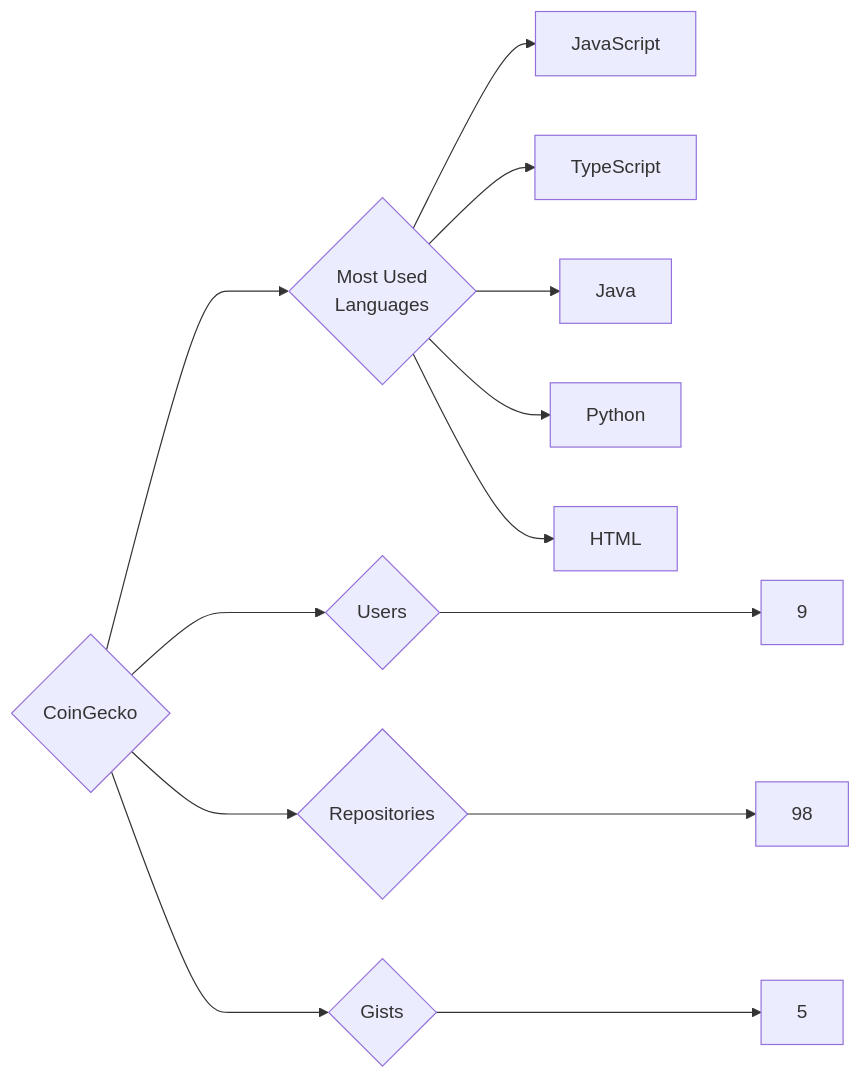
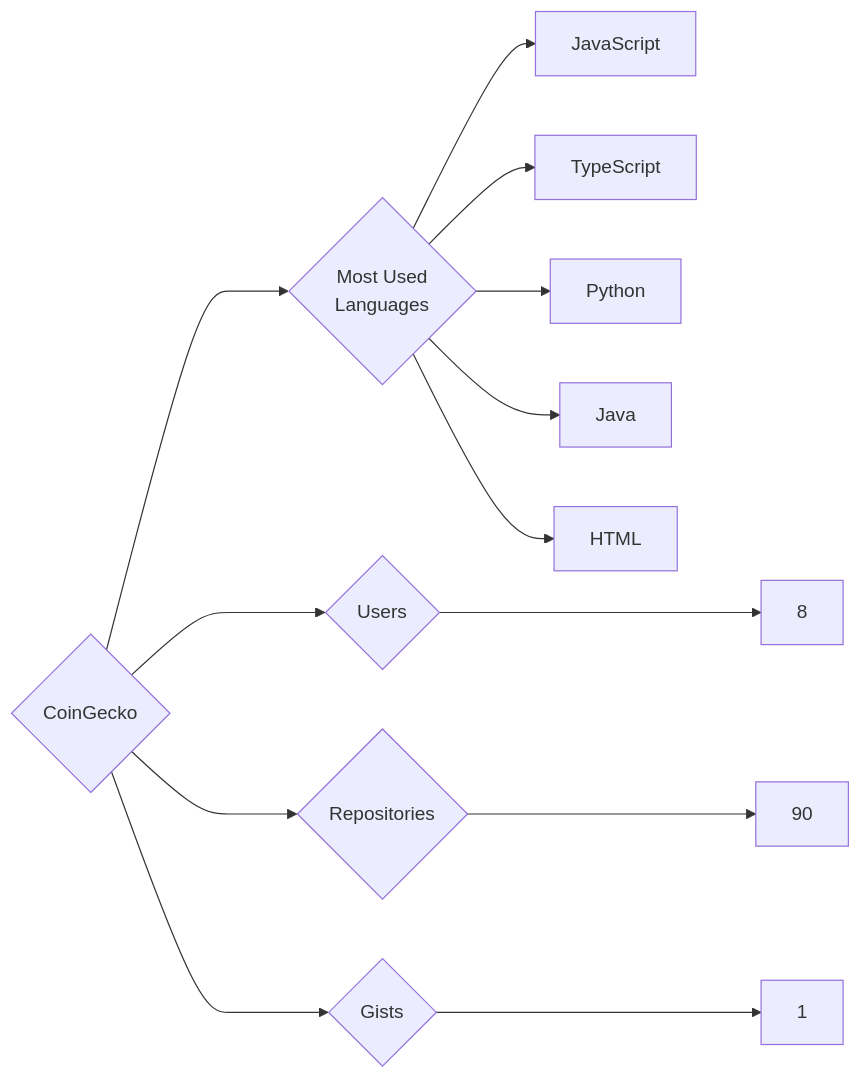
One commit to trickest/insiders changed the diagram in targets/CoinGecko/README.md. Above: the diagram before and after it, drawn with Mermaid. The commit also changed 933 other files, not shown here.

````diff
--- a/targets/CoinGecko/README.md
+++ b/targets/CoinGecko/README.md
@@ -3,13 +3,13 @@
 ```mermaid
 graph LR
 COMPANY_NAME{CoinGecko}
-COMPANY_NAME ---> U{Users} ---> UN[9]
-COMPANY_NAME ---> R{Repositories} ---> RN[98]
-COMPANY_NAME ---> G{Gists} ---> GN[5]
+COMPANY_NAME ---> U{Users} ---> UN[8]
+COMPANY_NAME ---> R{Repositories} ---> RN[90]
+COMPANY_NAME ---> G{Gists} ---> GN[1]
 COMPANY_NAME ---> ML{Most Used<br>Languages}
 ML --> JavaScript[JavaScript]
 ML --> TypeScript[TypeScript]
+ML --> Python[Python]
 ML --> Java[Java]
-ML --> Python[Python]
 ML --> HTML[HTML]
 ```
````
